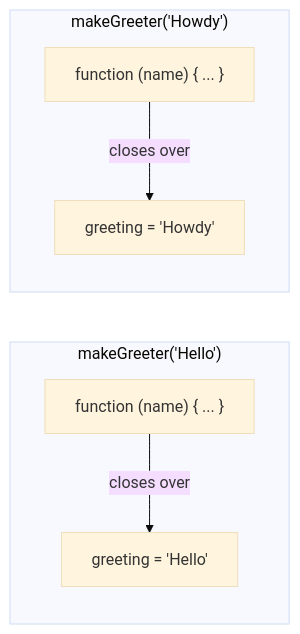
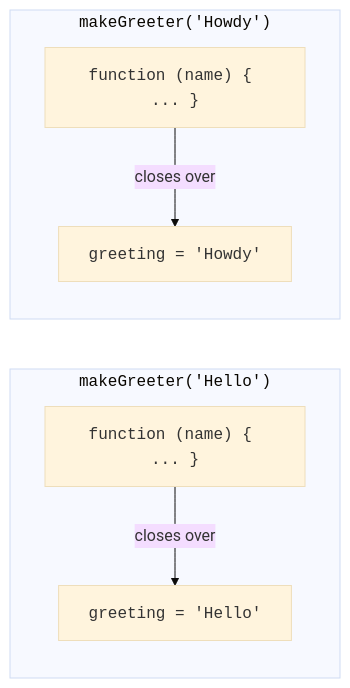
The first of 2 diagrams in content/learn/beginners-javascript/closures.mdx (dataslope/dataslope), drawn with Mermaid (base theme) before and after one commit. The commit also changed other lines of this file and 218 other files, not shown here.

First line of the commit message:
Render code-only mermaid shapes in monospace; convert step sequences to Steps (#467)

````diff
--- a/content/learn/beginners-javascript/closures.mdx
+++ b/content/learn/beginners-javascript/closures.mdx
@@ -42,13 +42,13 @@
 ```mermaid
 flowchart LR
-    subgraph Call1["makeGreeter('Hello')"]
-        G1["greeting = 'Hello'"]
-        H["function (name) { ... }"]
+    subgraph Call1["<code>makeGreeter('Hello')</code>"]
+        G1["<code>greeting = 'Hello'</code>"]
+        H["<code>function (name) { ... }</code>"]
         H -- closes over --> G1
     end
-    subgraph Call2["makeGreeter('Howdy')"]
-        G2["greeting = 'Howdy'"]
-        K["function (name) { ... }"]
+    subgraph Call2["<code>makeGreeter('Howdy')</code>"]
+        G2["<code>greeting = 'Howdy'</code>"]
+        K["<code>function (name) { ... }</code>"]
         K -- closes over --> G2
     end
 ```
````
